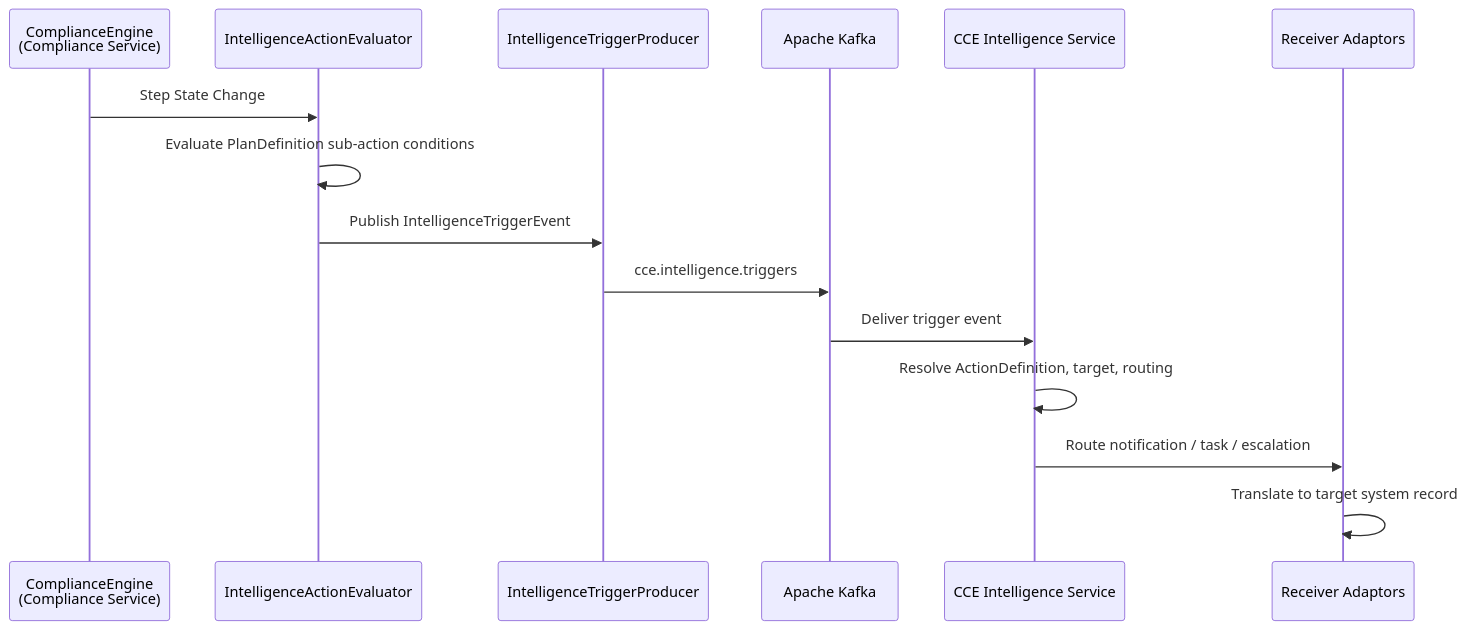
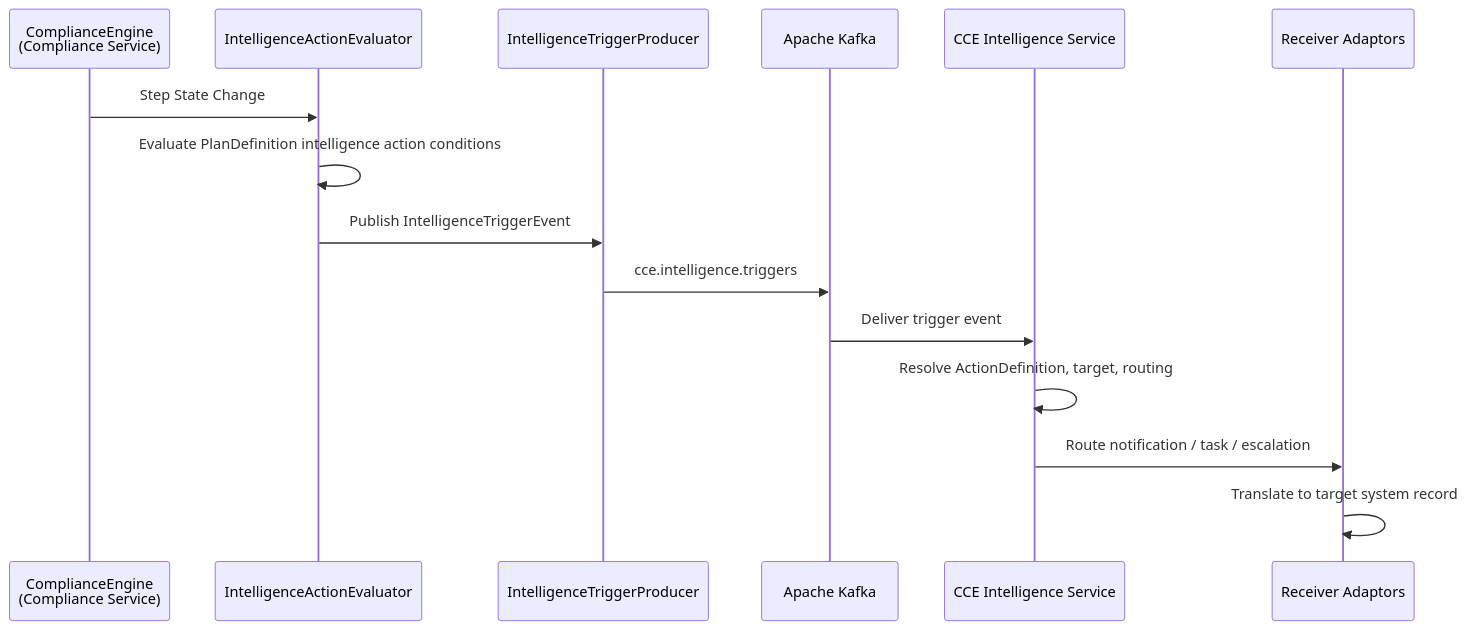
One commit to Jayaprakash8887/cce-compliance-service changed the third of 8 diagrams in docs/architecture-overview.md. Above: the diagram before and after it, drawn with Mermaid. The commit also changed other lines of this file and 4 other files, not shown here.

````diff
--- a/docs/architecture-overview.md
+++ b/docs/architecture-overview.md
@@ -120,18 +120,18 @@
 ```mermaid
 sequenceDiagram
     participant Engine as ComplianceEngine<br/>(Compliance Service)
     participant Evaluator as IntelligenceActionEvaluator
     participant Producer as IntelligenceTriggerProducer
     participant Kafka as Apache Kafka
     participant Intel as CCE Intelligence Service
     participant Adaptor as Receiver Adaptors
 
     Engine->>Evaluator: Step State Change
-    Evaluator->>Evaluator: Evaluate PlanDefinition sub-action conditions
+    Evaluator->>Evaluator: Evaluate PlanDefinition intelligence action conditions
     Evaluator->>Producer: Publish IntelligenceTriggerEvent
     Producer->>Kafka: cce.intelligence.triggers
     Kafka->>Intel: Deliver trigger event
     Intel->>Intel: Resolve ActionDefinition, target, routing
     Intel->>Adaptor: Route notification / task / escalation
     Adaptor->>Adaptor: Translate to target system record
 ```
````
